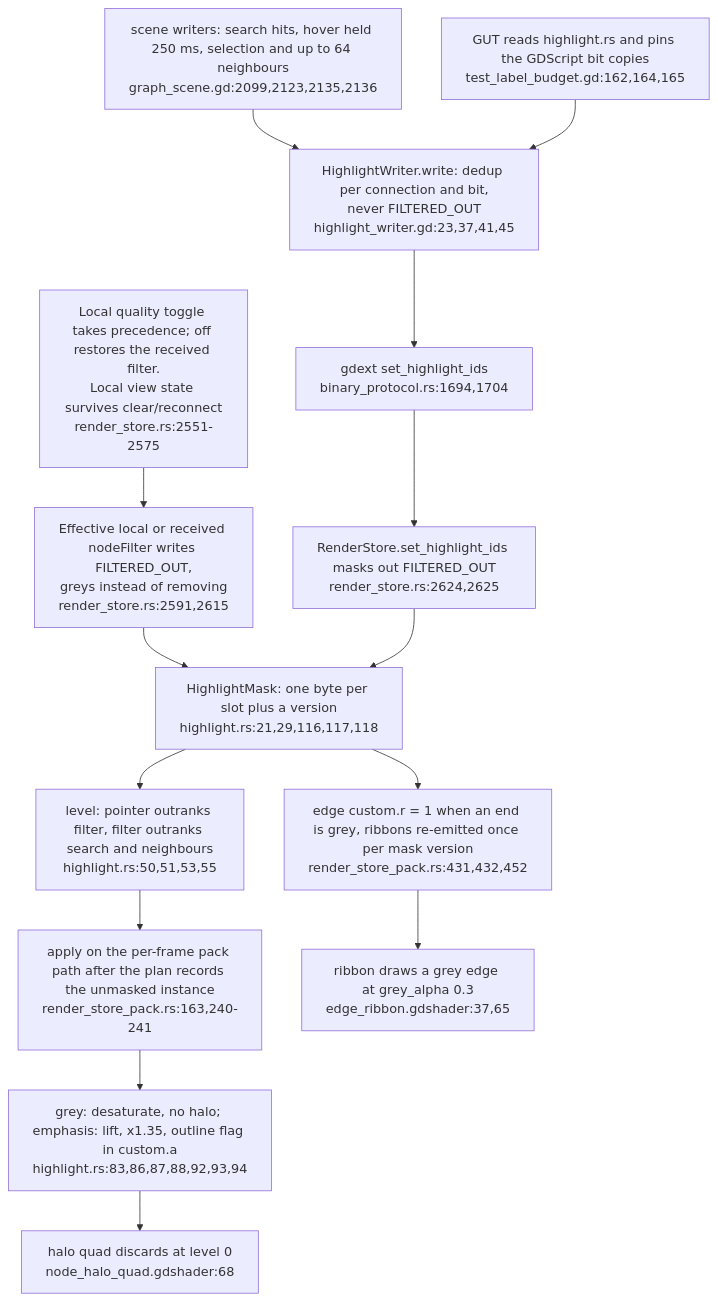
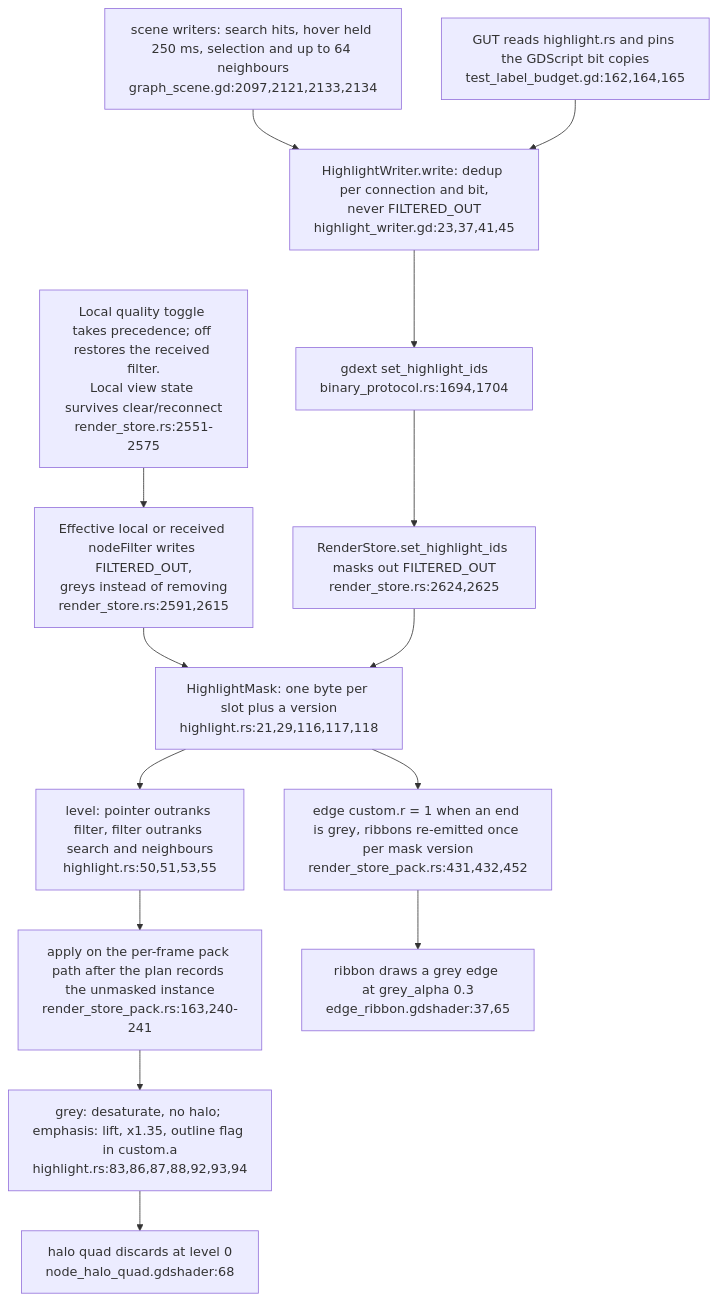
One commit to DreamLab-AI/VisionFlow changed the eighth of 8 diagrams in docs/diagrams/visionclaw/51-xr-visual-budget-and-engine-gates.md. Above: the diagram before and after it, drawn with Mermaid. The commit also changed other lines of this file and 6 other files, not shown here.

First line of the commit message:
diagrams(visionclaw): re-verify VC-51..57 at visionclaw 4900ec60

````diff
--- a/docs/diagrams/visionclaw/51-xr-visual-budget-and-engine-gates.md
+++ b/docs/diagrams/visionclaw/51-xr-visual-budget-and-engine-gates.md
@@ -166,16 +166,16 @@
 ```mermaid
 flowchart TD
-    SCN["scene writers: search hits, hover held 250 ms, selection and up to 64 neighbours<br/>graph_scene.gd:2099,2123,2135,2136"] --> HW["HighlightWriter.write: dedup per connection and bit,<br/>never FILTERED_OUT<br/>highlight_writer.gd:23,37,41,45"]
+    SCN["scene writers: search hits, hover held 250 ms, selection and up to 64 neighbours<br/>graph_scene.gd:2097,2121,2133,2134"] --> HW["HighlightWriter.write: dedup per connection and bit,<br/>never FILTERED_OUT<br/>highlight_writer.gd:23,37,41,45"]
     HW --> GD["gdext set_highlight_ids<br/>binary_protocol.rs:1694,1704"]
     GD --> RS["RenderStore.set_highlight_ids masks out FILTERED_OUT<br/>render_store.rs:2624,2625"]
     FILT["Effective local or received nodeFilter writes FILTERED_OUT,<br/>greys instead of removing<br/>render_store.rs:2591,2615"] --> MASK
     LOCAL["Local quality toggle takes precedence; off restores the received filter.<br/>Local view state survives clear/reconnect<br/>render_store.rs:2551-2575"] --> FILT
     RS --> MASK["HighlightMask: one byte per slot plus a version<br/>highlight.rs:21,29,116,117,118"]
     MASK --> LVL["level: pointer outranks filter, filter outranks search and neighbours<br/>highlight.rs:50,51,53,55"]
     LVL --> APPLY["apply on the per-frame pack path after the plan records the unmasked instance<br/>render_store_pack.rs:163,240-241"]
     APPLY --> NODE["grey: desaturate, no halo; emphasis: lift, x1.35, outline flag in custom.a<br/>highlight.rs:83,86,87,88,92,93,94"]
     MASK --> EDGE["edge custom.r = 1 when an end is grey, ribbons re-emitted once per mask version<br/>render_store_pack.rs:431,432,452"]
     EDGE --> SH["ribbon draws a grey edge at grey_alpha 0.3<br/>edge_ribbon.gdshader:37,65"]
     NODE --> HALO["halo quad discards at level 0<br/>node_halo_quad.gdshader:68"]
     PINB["GUT reads highlight.rs and pins the GDScript bit copies<br/>test_label_budget.gd:162,164,165"] --> HW
 ```
````
